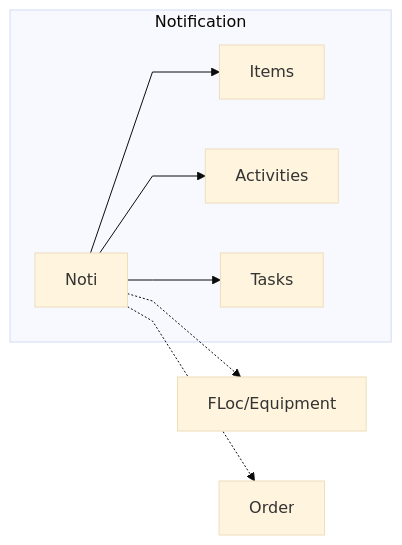
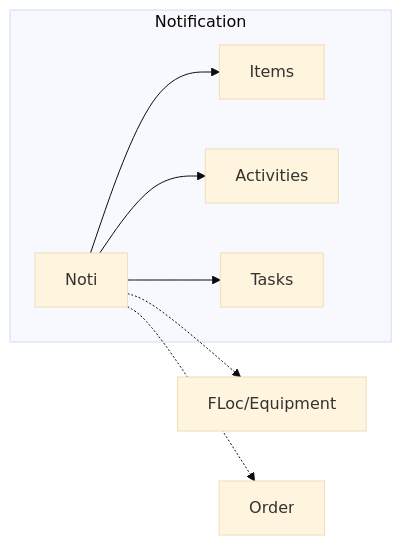
Before and after one commit to qurm/sap-diagrams: the first of 3 diagrams in ERP/PM/pm_noti.md, drawn with Mermaid (base theme). The commit also changed 8 other files, not shown here.

````diff
--- a/ERP/PM/pm_noti.md
+++ b/ERP/PM/pm_noti.md
@@ -10,11 +10,10 @@
 ```mermaid
-%%{ init: { 'flowchart': { 'curve': 'linear' } } }%%
 flowchart LR
     Noti -.-> FLoc/Equipment
     subgraph Notification
         Noti --> Items
         Noti --> Activities
         Noti --> Tasks
     end
     Noti -.-> Order
 ```
````
